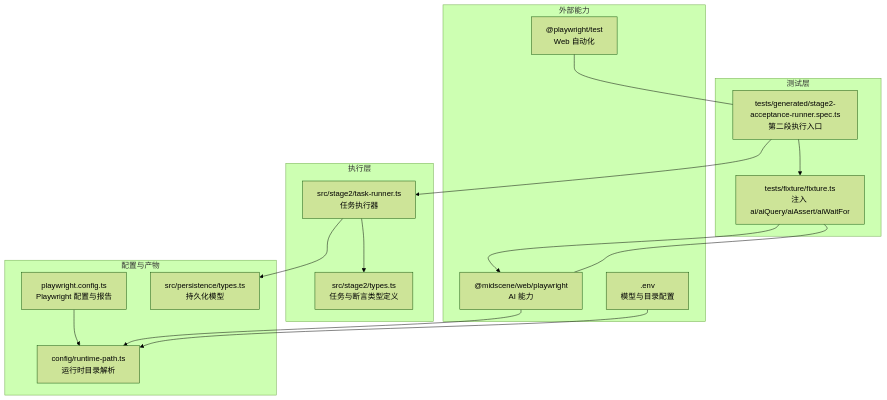
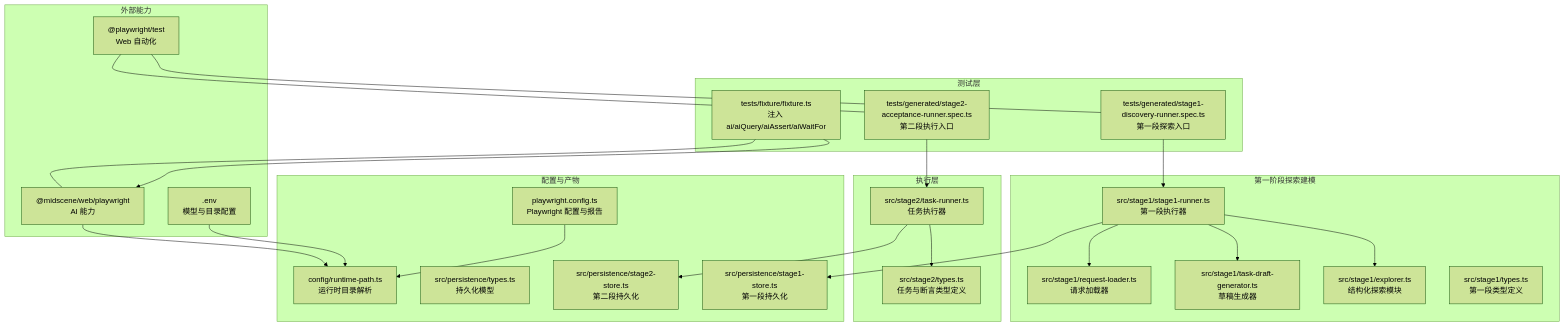
Before and after one commit to Jiane-EJ/playwright-mind: the first of 9 diagrams in .qoder/repowiki/zh/content/核心概念/AI 自动化测试基础.md, drawn with Mermaid (forest theme). The commit also changed other lines of this file and 16 other files, not shown here.

````diff
--- a/.qoder/repowiki/zh/content/核心概念/AI 自动化测试基础.md
+++ b/.qoder/repowiki/zh/content/核心概念/AI 自动化测试基础.md
@@ -44,31 +62,46 @@
 ```mermaid
 graph TB
 subgraph "测试层"
 F["tests/fixture/fixture.ts<br/>注入 ai/aiQuery/aiAssert/aiWaitFor"]
+S1["tests/generated/stage1-discovery-runner.spec.ts<br/>第一段探索入口"]
 S2["tests/generated/stage2-acceptance-runner.spec.ts<br/>第二段执行入口"]
+end
+subgraph "第一阶段探索建模"
+ST["src/stage1/stage1-runner.ts<br/>第一段执行器"]
+EX["src/stage1/explorer.ts<br/>结构化探索模块"]
+TDG["src/stage1/task-draft-generator.ts<br/>草稿生成器"]
+RL["src/stage1/request-loader.ts<br/>请求加载器"]
+TT1["src/stage1/types.ts<br/>第一段类型定义"]
 end
 subgraph "执行层"
 TR["src/stage2/task-runner.ts<br/>任务执行器"]
-TT["src/stage2/types.ts<br/>任务与断言类型定义"]
+TT2["src/stage2/types.ts<br/>任务与断言类型定义"]
 end
 subgraph "配置与产物"
 PC["playwright.config.ts<br/>Playwright 配置与报告"]
 RP["config/runtime-path.ts<br/>运行时目录解析"]
 DBT["src/persistence/types.ts<br/>持久化模型"]
+DB1["src/persistence/stage1-store.ts<br/>第一段持久化"]
+DB2["src/persistence/stage2-store.ts<br/>第二段持久化"]
 end
 subgraph "外部能力"
 PW["@playwright/test<br/>Web 自动化"]
 MS["@midscene/web/playwright<br/>AI 能力"]
 CFG[".env<br/>模型与目录配置"]
 end
-S2 --> F
+S1 --> ST
+ST --> EX
+ST --> TDG
+ST --> RL
+ST --> DB1
+S2 --> TR
+TR --> TT2
 F --> MS
-S2 --> TR
-TR --> TT
 PC --> RP
 MS --> RP
-TR --> DBT
+TR --> DB2
 CFG --> RP
+PW --- S1
 PW --- S2
 MS --- F
 ```
````
